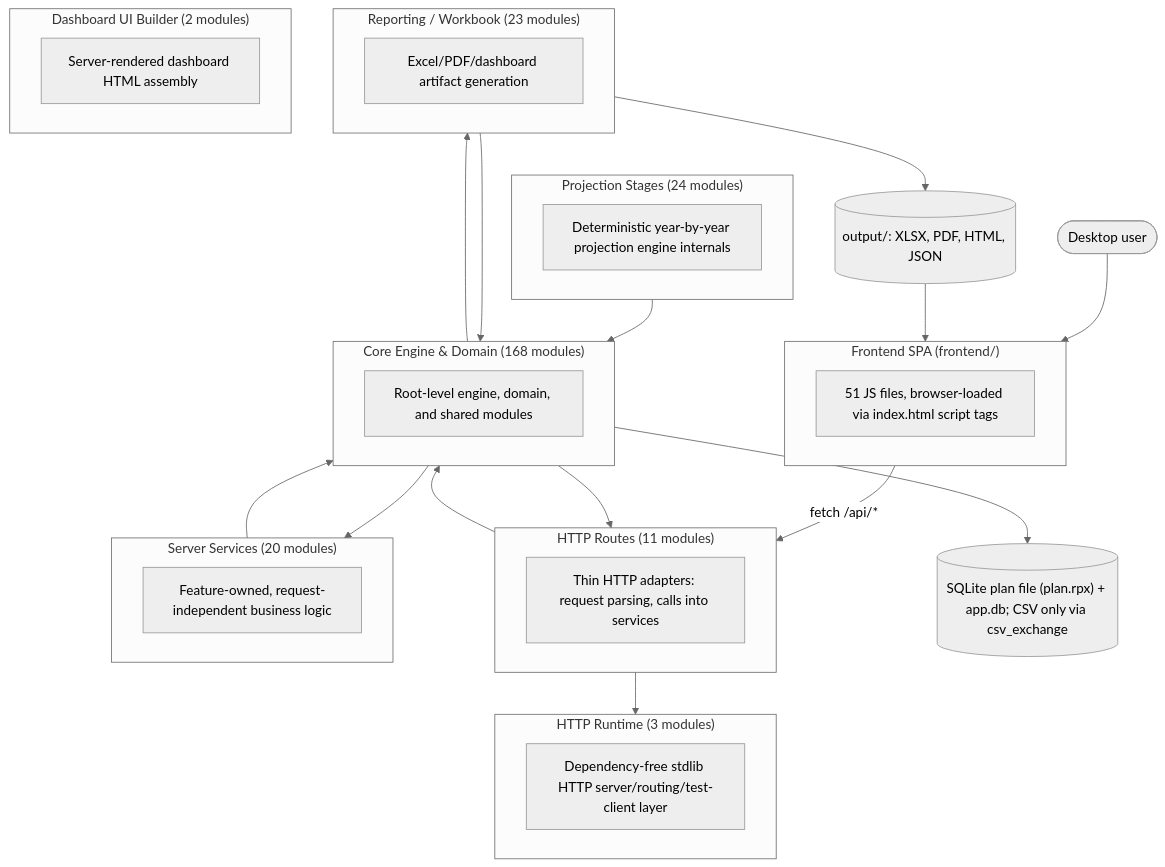
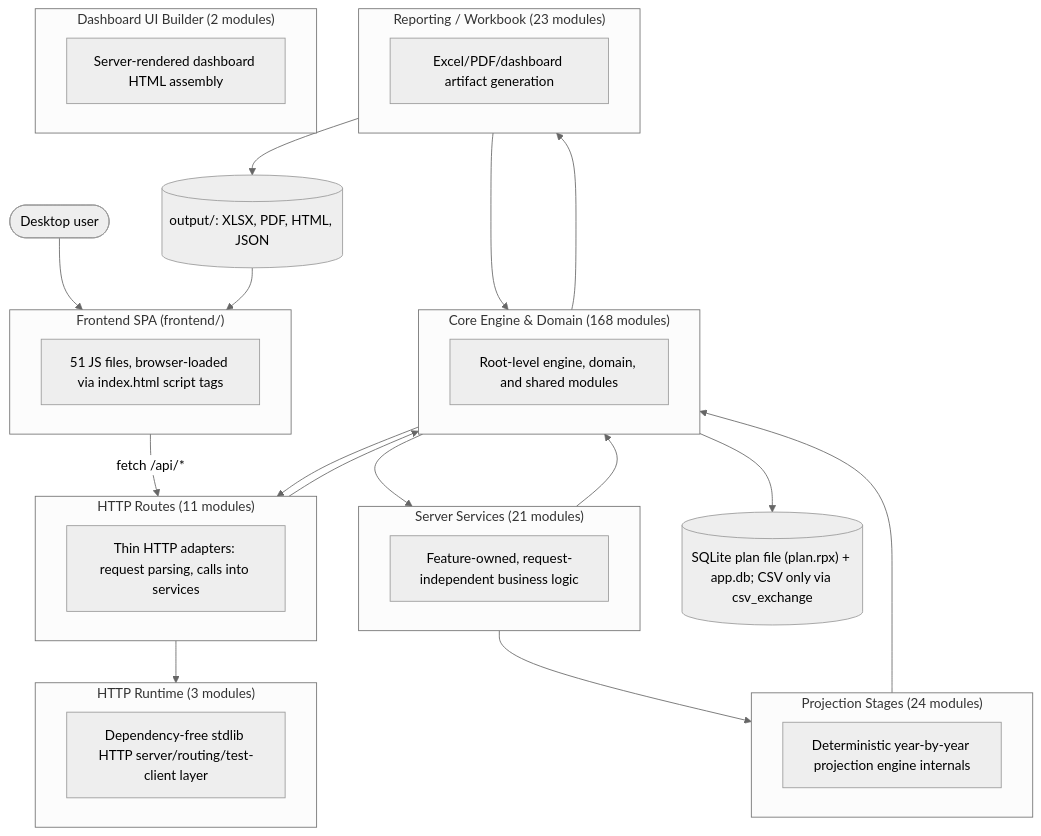
The first of 2 diagrams in documentation/reference/SYSTEM_ARCHITECTURE_DIAGRAM.md (matthartzman/retirement_system), drawn with Mermaid (neutral theme) before and after one commit. The commit also changed other lines of this file and 12 other files, not shown here.

````diff
--- a/documentation/reference/SYSTEM_ARCHITECTURE_DIAGRAM.md
+++ b/documentation/reference/SYSTEM_ARCHITECTURE_DIAGRAM.md
@@ -11,40 +11,41 @@
 ```mermaid
 flowchart TB
     User(["Desktop user"]) --> FE
     subgraph FE["Frontend SPA (frontend/)"]
         FEcount["51 JS files, browser-loaded via index.html script tags"]
     end
     FE -->|fetch /api/*| L_HTTP_Routes
     subgraph L_HTTP_Routes["HTTP Routes (11 modules)"]
         L_HTTP_Routes_d["Thin HTTP adapters: request parsing, calls into services"]
     end
-    subgraph L_Server_Services["Server Services (20 modules)"]
+    subgraph L_Server_Services["Server Services (21 modules)"]
         L_Server_Services_d["Feature-owned, request-independent business logic"]
     end
     subgraph L_HTTP_Runtime["HTTP Runtime (3 modules)"]
         L_HTTP_Runtime_d["Dependency-free stdlib HTTP server/routing/test-client layer"]
     end
     subgraph L_Core_Engine___Domain["Core Engine & Domain (168 modules)"]
         L_Core_Engine___Domain_d["Root-level engine, domain, and shared modules"]
     end
     subgraph L_Projection_Stages["Projection Stages (24 modules)"]
         L_Projection_Stages_d["Deterministic year-by-year projection engine internals"]
     end
     subgraph L_Reporting___Workbook["Reporting / Workbook (23 modules)"]
         L_Reporting___Workbook_d["Excel/PDF/dashboard artifact generation"]
     end
     subgraph L_Dashboard_UI_Builder["Dashboard UI Builder (2 modules)"]
         L_Dashboard_UI_Builder_d["Server-rendered dashboard HTML assembly"]
     end
     L_Core_Engine___Domain --> L_HTTP_Routes
     L_Core_Engine___Domain --> L_Reporting___Workbook
     L_Core_Engine___Domain --> L_Server_Services
     L_HTTP_Routes --> L_Core_Engine___Domain
     L_HTTP_Routes --> L_HTTP_Runtime
     L_Projection_Stages --> L_Core_Engine___Domain
     L_Reporting___Workbook --> L_Core_Engine___Domain
     L_Server_Services --> L_Core_Engine___Domain
+    L_Server_Services --> L_Projection_Stages
     L_Core_Engine___Domain --> DB[("SQLite plan file (plan.rpx) + app.db; CSV only via csv_exchange")]
     L_Reporting___Workbook --> Outputs[("output/: XLSX, PDF, HTML, JSON")]
     Outputs --> FE
 ```
````
